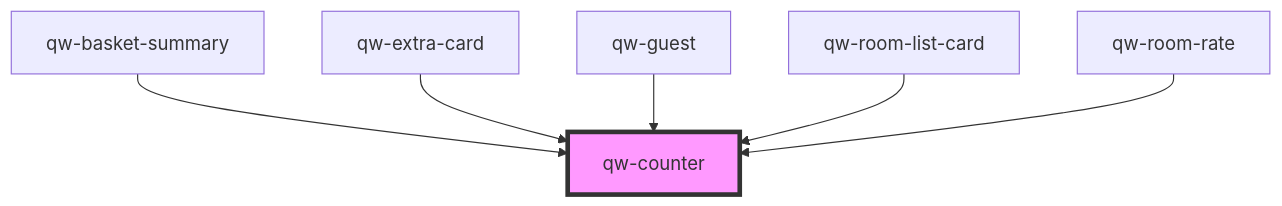
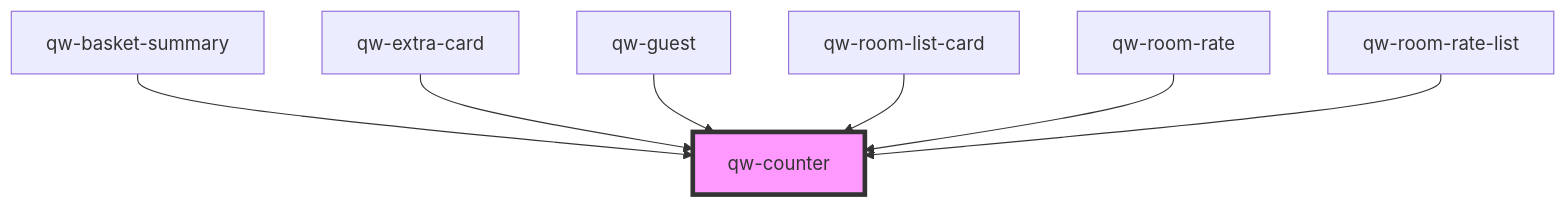
Before and after one commit to qwentes-team/qw-hotels: the diagram in src/components/shared/qw-counter/readme.md, drawn with Mermaid. The commit also changed other lines of this file and 8 other files, not shown here.

Commit message:
feat(qw-room-rate-list): component

````diff
--- a/src/components/shared/qw-counter/readme.md
+++ b/src/components/shared/qw-counter/readme.md
@@ -37,9 +39,10 @@
 ```mermaid
 graph TD;
   qw-basket-summary --> qw-counter
   qw-extra-card --> qw-counter
   qw-guest --> qw-counter
   qw-room-list-card --> qw-counter
   qw-room-rate --> qw-counter
+  qw-room-rate-list --> qw-counter
   style qw-counter fill:#f9f,stroke:#333,stroke-width:4px
 ```
````
